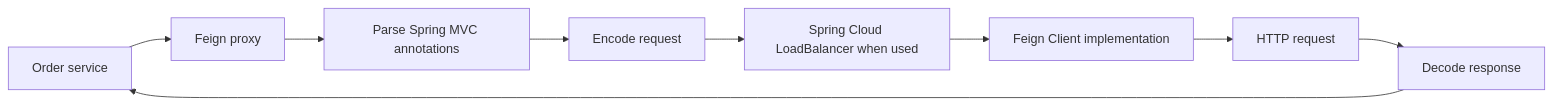
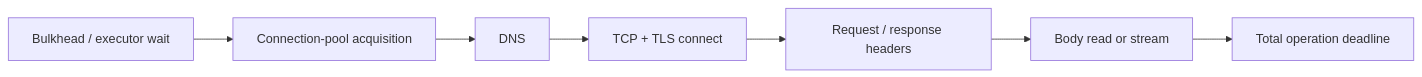
One commit to taukhir/shopverse changed the second of 2 diagrams in documentation/docs/development/spring-rest/REST-CLIENTS-FEIGN.md. Above: the diagram before and after it, drawn with Mermaid. The commit also changed other lines of this file and 4530 other files, not shown here.

Commit message:
Refactor shopverse storefront and refresh UI flows

````diff
--- a/documentation/docs/development/spring-rest/REST-CLIENTS-FEIGN.md
+++ b/documentation/docs/development/spring-rest/REST-CLIENTS-FEIGN.md
@@ -206,11 +141,9 @@
 ```mermaid
 flowchart LR
-    Service["Order service"] --> Proxy["Feign proxy"]
-    Proxy --> Contract["Parse Spring MVC annotations"]
-    Contract --> Encoder["Encode request"]
-    Encoder --> LB["Spring Cloud LoadBalancer when used"]
-    LB --> Client["Feign Client implementation"]
-    Client --> HTTP["HTTP request"]
-    HTTP --> Decoder["Decode response"]
-    Decoder --> Service
+    queue["Bulkhead / executor wait"] --> acquire["Connection-pool acquisition"]
+    acquire --> dns["DNS"]
+    dns --> connect["TCP + TLS connect"]
+    connect --> headers["Request / response headers"]
+    headers --> body["Body read or stream"]
+    body --> total["Total operation deadline"]
 ```
````
